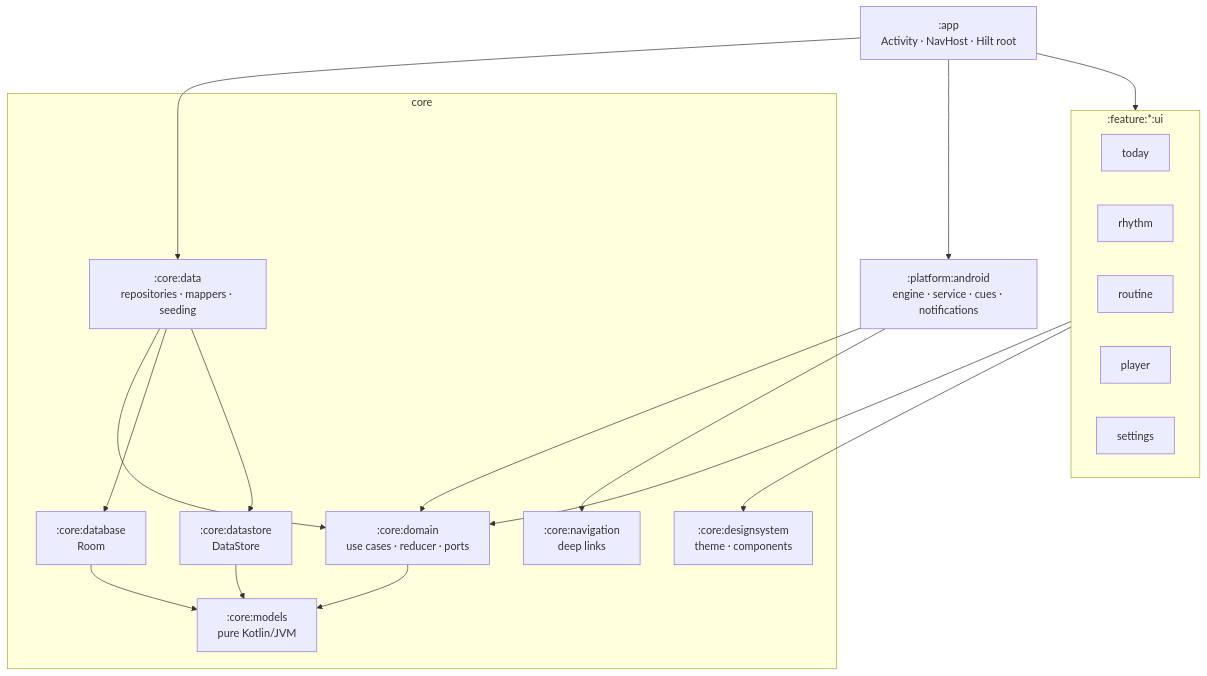
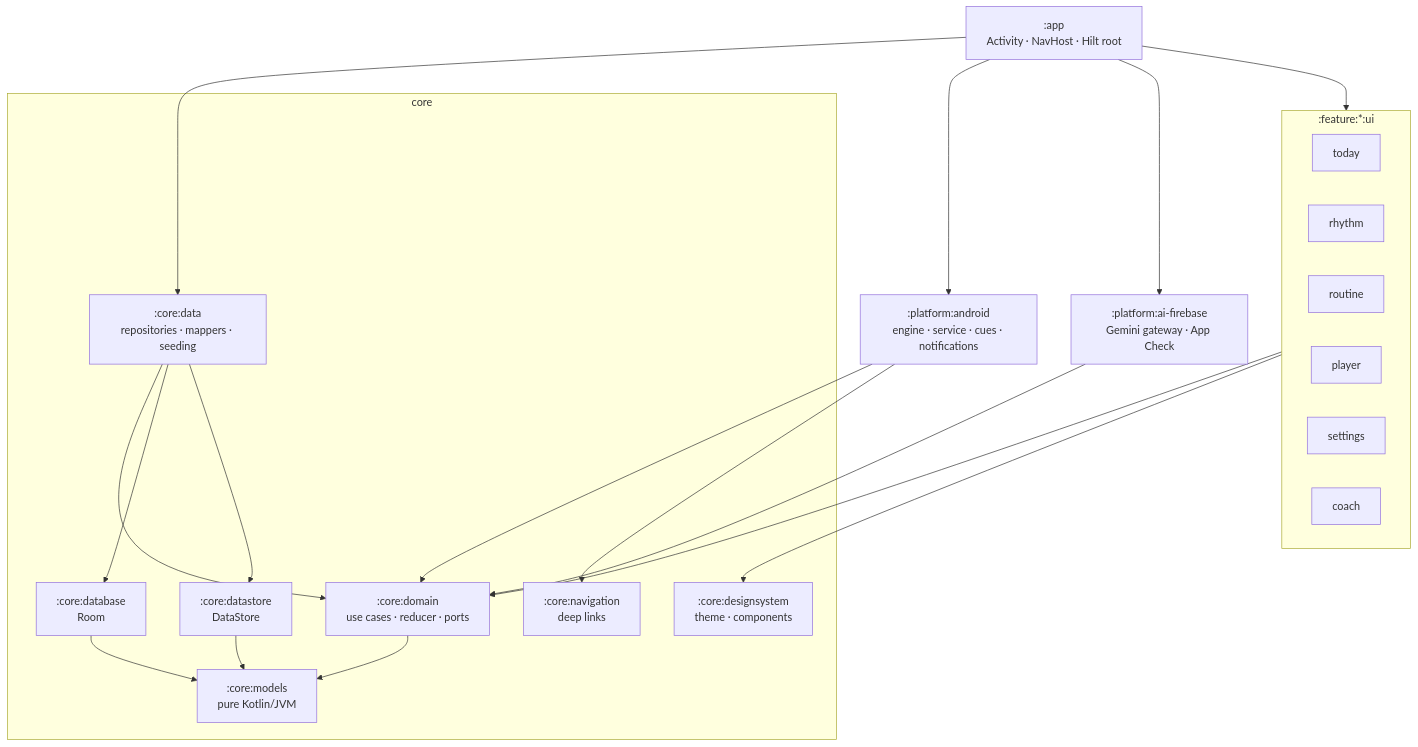
The first of 3 diagrams in README.md (Tanvi-Goyal/Ritune), drawn with Mermaid before and after one commit. The commit also changed other lines of this file and 2 other files, not shown here.

Commit message:
docs: add the rhythm coach to the README

````diff
--- a/README.md
+++ b/README.md
@@ -50,38 +52,42 @@
 ```mermaid
 flowchart TD
     app[":app<br/>Activity · NavHost · Hilt root"]
 
     subgraph features[":feature:*:ui"]
         today[today]
         rhythm[rhythm]
         routine[routine]
         player[player]
         settings[settings]
+        coach[coach]
     end
 
     subgraph core
         domain[":core:domain<br/>use cases · reducer · ports"]
         models[":core:models<br/>pure Kotlin/JVM"]
         data[":core:data<br/>repositories · mappers · seeding"]
         database[":core:database<br/>Room"]
         datastore[":core:datastore<br/>DataStore"]
         designsystem[":core:designsystem<br/>theme · components"]
         navigation[":core:navigation<br/>deep links"]
     end
 
     platform[":platform:android<br/>engine · service · cues · notifications"]
+    ai[":platform:ai-firebase<br/>Gemini gateway · App Check"]
 
     app --> features
     app --> data
     app --> platform
     features --> domain
     features --> designsystem
     data --> domain
     data --> database
     data --> datastore
     platform --> domain
     platform --> navigation
+    app --> ai
+    ai --> domain
     domain --> models
     database --> models
     datastore --> models
 ```
````
